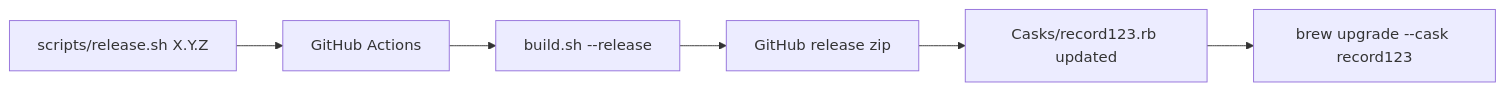
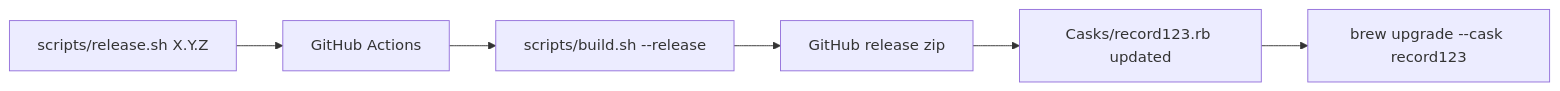
Before and after one commit to funivan/record123: the diagram in docs/RELEASING.md, drawn with Mermaid. The commit also changed other lines of this file and 8 other files, not shown here.

````diff
--- a/docs/RELEASING.md
+++ b/docs/RELEASING.md
@@ -5,8 +5,8 @@
 ```mermaid
 flowchart LR
     tag[scripts/release.sh X.Y.Z] --> ci[GitHub Actions]
-    ci --> build[build.sh --release]
+    ci --> build[scripts/build.sh --release]
     build --> rel[GitHub release zip]
     rel --> cask[Casks/record123.rb updated]
     cask --> brew[brew upgrade --cask record123]
 ```
````
